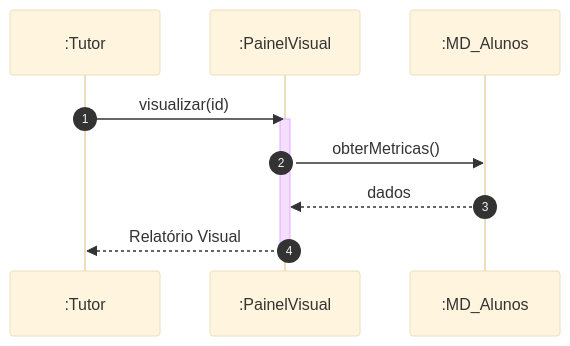
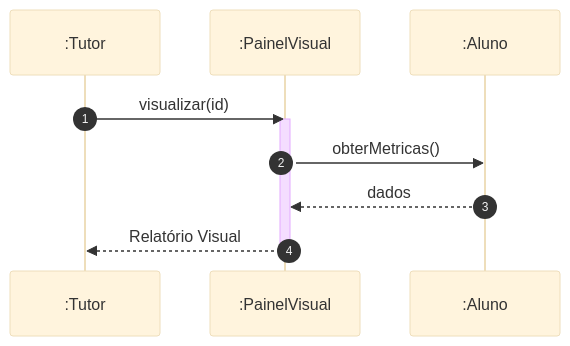
One commit to MayconDIS/PIM_III-Documentacao_UML changed the second of 2 diagrams in PIM_III/02_Modelagem_UML_Astah/UC06_Acompanhar_Desempenho/README.md. Above: the diagram before and after it, drawn with Mermaid (base theme). The commit also changed other lines of this file and 86 other files, not shown here.

Commit message:
docs(uml): add comprehensive UML diagrams and tutorials for all 15 use cases

````diff
--- a/PIM_III/02_Modelagem_UML_Astah/UC06_Acompanhar_Desempenho/README.md
+++ b/PIM_III/02_Modelagem_UML_Astah/UC06_Acompanhar_Desempenho/README.md
@@ -57,13 +57,13 @@
 ```mermaid
 sequenceDiagram
     autonumber
     participant T as :Tutor
     participant D as :PainelVisual
-    participant A as :MD_Alunos
+    participant A as :Aluno
     T->>D: visualizar(id)
     activate D
     D->>A: obterMetricas()
     A-->>D: dados
     D-->>T: Relatório Visual
     deactivate D
 ```
````
